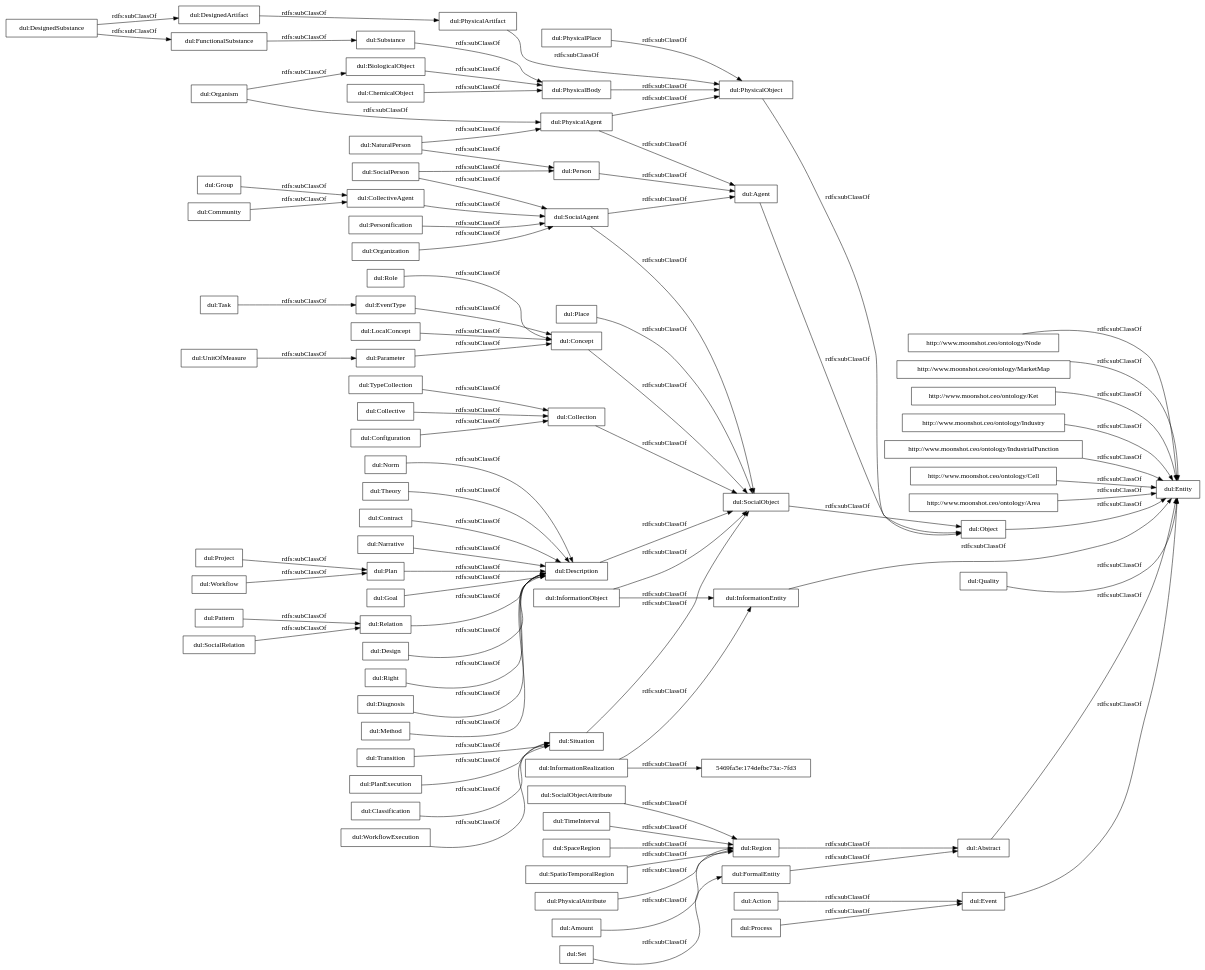
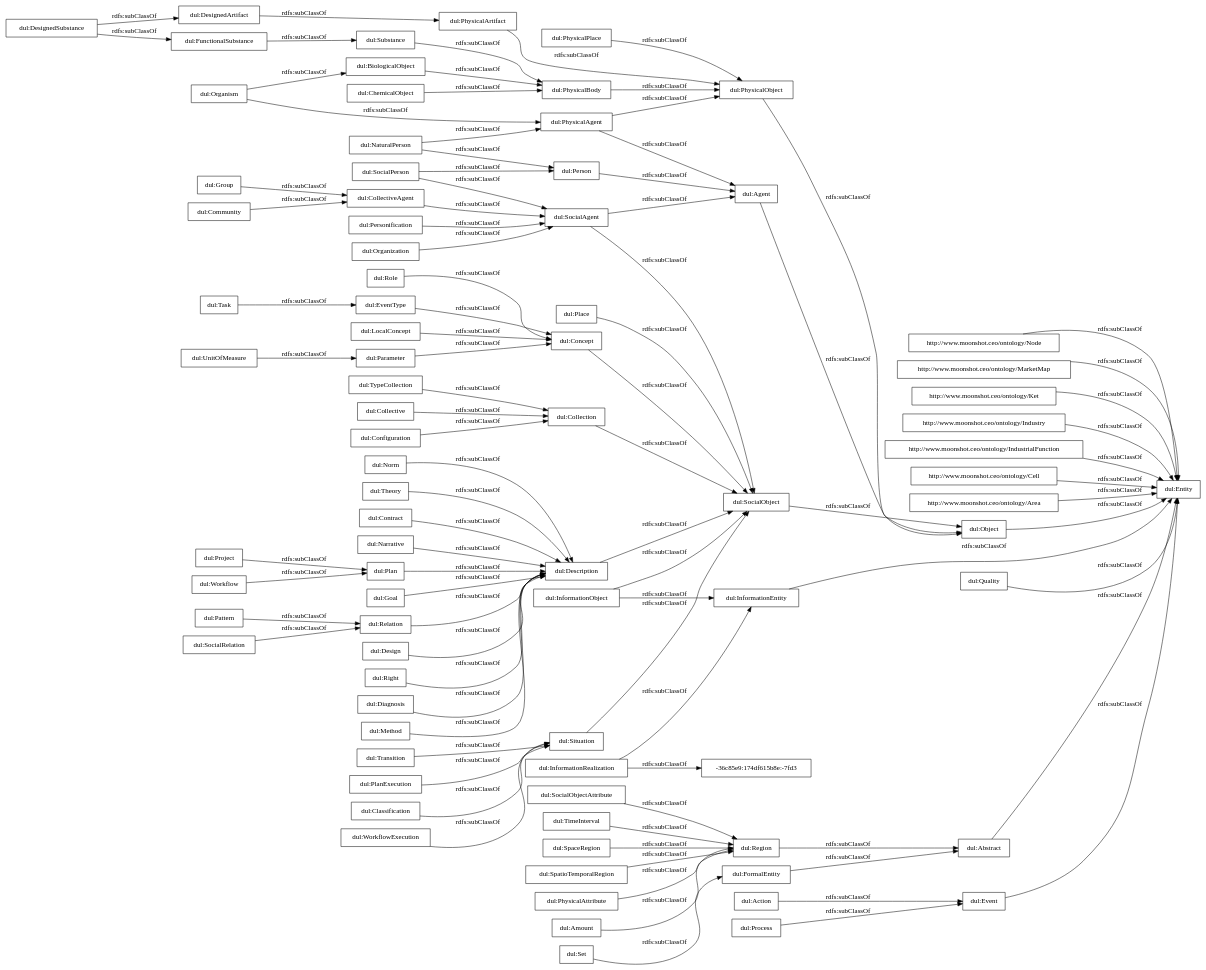
One commit to oeg-upm/IEBrain changed the diagram in OnToology/iebrain.ttl/diagrams/ar2dtool-taxonomy/iebrain.ttl.png.dot. Above: the diagram before and after it, drawn with Graphviz. The commit also changed 12 other files, not shown here.

```diff
--- a/OnToology/iebrain.ttl/diagrams/ar2dtool-taxonomy/iebrain.ttl.png.dot
+++ b/OnToology/iebrain.ttl/diagrams/ar2dtool-taxonomy/iebrain.ttl.png.dot
@@ -1,95 +1,95 @@
 digraph ar2dtool_diagram { 
 rankdir=LR;
 size="1000"
-node [shape = rectangle, color="black"]; "http://www.moonshot.ceo/ontology/Node" "http://www.moonshot.ceo/ontology/MarketMap" "http://www.moonshot.ceo/ontology/Ket" "http://www.moonshot.ceo/ontology/Industry" "http://www.moonshot.ceo/ontology/IndustrialFunction" "http://www.moonshot.ceo/ontology/Cell" "http://www.moonshot.ceo/ontology/Area" "dul:Goal" "dul:FormalEntity" "dul:EventType" "dul:PhysicalBody" "5469fa5e:174defbc73a:-7fd3" "dul:Object" "dul:Description" "dul:PhysicalAgent" "dul:Relation" "dul:Role" "dul:Entity" "dul:Organism" "dul:Personification" "dul:Situation" "dul:UnitOfMeasure" "dul:Abstract" "dul:SocialPerson" "dul:Transition" "dul:Collective" "dul:CollectiveAgent" "dul:Amount" "dul:Plan" "dul:Design" "dul:Process" "dul:SocialObjectAttribute" "dul:Right" "dul:Task" "dul:DesignedSubstance" "dul:BiologicalObject" "dul:Place" "dul:Quality" "dul:Action" "dul:SocialAgent" "dul:Configuration" "dul:Project" "dul:PlanExecution" "dul:Pattern" "dul:Agent" "dul:Classification" "dul:Diagnosis" "dul:Parameter" "dul:WorkflowExecution" "dul:SocialObject" "dul:Group" "dul:Community" "dul:FunctionalSubstance" "dul:PhysicalPlace" "dul:Method" "dul:Concept" "dul:SocialRelation" "dul:Event" "dul:DesignedArtifact" "dul:TimeInterval" "dul:Person" "dul:TypeCollection" "dul:SpaceRegion" "dul:PhysicalObject" "dul:SpatioTemporalRegion" "dul:Norm" "dul:InformationRealization" "dul:Theory" "dul:PhysicalAttribute" "dul:NaturalPerson" "dul:Workflow" "dul:InformationObject" "dul:ChemicalObject" "dul:Contract" "dul:Narrative" "dul:Collection" "dul:Substance" "dul:Region" "dul:InformationEntity" "dul:PhysicalArtifact" "dul:Organization" "dul:Set" "dul:LocalConcept" ; /*classes style*/
+node [shape = rectangle, color="black"]; "http://www.moonshot.ceo/ontology/Node" "http://www.moonshot.ceo/ontology/MarketMap" "http://www.moonshot.ceo/ontology/Ket" "http://www.moonshot.ceo/ontology/Industry" "http://www.moonshot.ceo/ontology/IndustrialFunction" "http://www.moonshot.ceo/ontology/Cell" "http://www.moonshot.ceo/ontology/Area" "dul:Goal" "dul:FormalEntity" "dul:EventType" "dul:PhysicalBody" "dul:Object" "dul:Description" "dul:PhysicalAgent" "dul:Relation" "dul:Role" "dul:Entity" "dul:Organism" "dul:Personification" "dul:Situation" "dul:UnitOfMeasure" "dul:Abstract" "dul:SocialPerson" "dul:Transition" "dul:CollectiveAgent" "dul:Collective" "dul:Amount" "dul:Plan" "dul:Design" "dul:Process" "dul:SocialObjectAttribute" "dul:Right" "dul:Task" "dul:DesignedSubstance" "dul:BiologicalObject" "dul:Place" "dul:Quality" "dul:Action" "dul:SocialAgent" "dul:Configuration" "dul:Project" "dul:PlanExecution" "dul:Pattern" "dul:Agent" "dul:Classification" "dul:Diagnosis" "dul:Parameter" "dul:WorkflowExecution" "dul:SocialObject" "dul:Group" "dul:Community" "dul:FunctionalSubstance" "dul:PhysicalPlace" "dul:Method" "dul:Concept" "dul:SocialRelation" "dul:Event" "dul:DesignedArtifact" "dul:TimeInterval" "dul:Person" "dul:TypeCollection" "dul:SpaceRegion" "dul:PhysicalObject" "dul:SpatioTemporalRegion" "dul:Norm" "-36c85e9:174df615b8e:-7fd3" "dul:InformationRealization" "dul:Theory" "dul:PhysicalAttribute" "dul:NaturalPerson" "dul:Workflow" "dul:InformationObject" "dul:ChemicalObject" "dul:Contract" "dul:Narrative" "dul:Collection" "dul:Substance" "dul:Region" "dul:InformationEntity" "dul:PhysicalArtifact" "dul:Organization" "dul:Set" "dul:LocalConcept" ; /*classes style*/
 	"dul:CollectiveAgent" -> "dul:SocialAgent" [ label = "rdfs:subClassOf" ];
 	"dul:Region" -> "dul:Abstract" [ label = "rdfs:subClassOf" ];
 	"dul:TypeCollection" -> "dul:Collection" [ label = "rdfs:subClassOf" ];
 	"dul:PhysicalAttribute" -> "dul:Region" [ label = "rdfs:subClassOf" ];
 	"dul:Organization" -> "dul:SocialAgent" [ label = "rdfs:subClassOf" ];
 	"http://www.moonshot.ceo/ontology/Node" -> "dul:Entity" [ label = "rdfs:subClassOf" ];
 	"dul:Configuration" -> "dul:Collection" [ label = "rdfs:subClassOf" ];
 	"dul:Quality" -> "dul:Entity" [ label = "rdfs:subClassOf" ];
 	"dul:Description" -> "dul:SocialObject" [ label = "rdfs:subClassOf" ];
 	"dul:Community" -> "dul:CollectiveAgent" [ label = "rdfs:subClassOf" ];
 	"dul:Method" -> "dul:Description" [ label = "rdfs:subClassOf" ];
 	"dul:Concept" -> "dul:SocialObject" [ label = "rdfs:subClassOf" ];
 	"dul:Object" -> "dul:Entity" [ label = "rdfs:subClassOf" ];
 	"dul:Place" -> "dul:SocialObject" [ label = "rdfs:subClassOf" ];
 	"dul:PhysicalArtifact" -> "dul:PhysicalObject" [ label = "rdfs:subClassOf" ];
 	"dul:Organism" -> "dul:PhysicalAgent" [ label = "rdfs:subClassOf" ];
 	"dul:Organism" -> "dul:BiologicalObject" [ label = "rdfs:subClassOf" ];
 	"dul:Goal" -> "dul:Description" [ label = "rdfs:subClassOf" ];
 	"dul:FunctionalSubstance" -> "dul:Substance" [ label = "rdfs:subClassOf" ];
 	"dul:Role" -> "dul:Concept" [ label = "rdfs:subClassOf" ];
 	"dul:Collective" -> "dul:Collection" [ label = "rdfs:subClassOf" ];
 	"dul:InformationObject" -> "dul:SocialObject" [ label = "rdfs:subClassOf" ];
 	"dul:InformationObject" -> "dul:InformationEntity" [ label = "rdfs:subClassOf" ];
 	"dul:UnitOfMeasure" -> "dul:Parameter" [ label = "rdfs:subClassOf" ];
 	"dul:SocialObjectAttribute" -> "dul:Region" [ label = "rdfs:subClassOf" ];
 	"dul:WorkflowExecution" -> "dul:Situation" [ label = "rdfs:subClassOf" ];
 	"dul:Right" -> "dul:Description" [ label = "rdfs:subClassOf" ];
 	"dul:Task" -> "dul:EventType" [ label = "rdfs:subClassOf" ];
 	"dul:Set" -> "dul:FormalEntity" [ label = "rdfs:subClassOf" ];
 	"dul:DesignedSubstance" -> "dul:FunctionalSubstance" [ label = "rdfs:subClassOf" ];
 	"dul:DesignedSubstance" -> "dul:DesignedArtifact" [ label = "rdfs:subClassOf" ];
 	"dul:SocialObject" -> "dul:Object" [ label = "rdfs:subClassOf" ];
 	"dul:Parameter" -> "dul:Concept" [ label = "rdfs:subClassOf" ];
-	"dul:InformationRealization" -> "5469fa5e:174defbc73a:-7fd3" [ label = "rdfs:subClassOf" ];
+	"dul:InformationRealization" -> "-36c85e9:174df615b8e:-7fd3" [ label = "rdfs:subClassOf" ];
 	"dul:InformationRealization" -> "dul:InformationEntity" [ label = "rdfs:subClassOf" ];
 	"dul:Substance" -> "dul:PhysicalBody" [ label = "rdfs:subClassOf" ];
 	"dul:Event" -> "dul:Entity" [ label = "rdfs:subClassOf" ];
 	"dul:PhysicalAgent" -> "dul:PhysicalObject" [ label = "rdfs:subClassOf" ];
 	"dul:PhysicalAgent" -> "dul:Agent" [ label = "rdfs:subClassOf" ];
 	"http://www.moonshot.ceo/ontology/Area" -> "dul:Entity" [ label = "rdfs:subClassOf" ];
 	"dul:Project" -> "dul:Plan" [ label = "rdfs:subClassOf" ];
 	"dul:PhysicalObject" -> "dul:Object" [ label = "rdfs:subClassOf" ];
 	"dul:Action" -> "dul:Event" [ label = "rdfs:subClassOf" ];
 	"dul:Situation" -> "dul:SocialObject" [ label = "rdfs:subClassOf" ];
 	"dul:Design" -> "dul:Description" [ label = "rdfs:subClassOf" ];
 	"dul:EventType" -> "dul:Concept" [ label = "rdfs:subClassOf" ];
 	"dul:Classification" -> "dul:Situation" [ label = "rdfs:subClassOf" ];
 	"http://www.moonshot.ceo/ontology/IndustrialFunction" -> "dul:Entity" [ label = "rdfs:subClassOf" ];
 	"dul:Workflow" -> "dul:Plan" [ label = "rdfs:subClassOf" ];
 	"dul:Pattern" -> "dul:Relation" [ label = "rdfs:subClassOf" ];
 	"dul:Transition" -> "dul:Situation" [ label = "rdfs:subClassOf" ];
 	"dul:Norm" -> "dul:Description" [ label = "rdfs:subClassOf" ];
 	"dul:Person" -> "dul:Agent" [ label = "rdfs:subClassOf" ];
 	"http://www.moonshot.ceo/ontology/Ket" -> "dul:Entity" [ label = "rdfs:subClassOf" ];
 	"http://www.moonshot.ceo/ontology/Cell" -> "dul:Entity" [ label = "rdfs:subClassOf" ];
 	"dul:Contract" -> "dul:Description" [ label = "rdfs:subClassOf" ];
 	"dul:PhysicalPlace" -> "dul:PhysicalObject" [ label = "rdfs:subClassOf" ];
 	"dul:Relation" -> "dul:Description" [ label = "rdfs:subClassOf" ];
 	"dul:SocialRelation" -> "dul:Relation" [ label = "rdfs:subClassOf" ];
 	"dul:PlanExecution" -> "dul:Situation" [ label = "rdfs:subClassOf" ];
 	"http://www.moonshot.ceo/ontology/MarketMap" -> "dul:Entity" [ label = "rdfs:subClassOf" ];
 	"dul:LocalConcept" -> "dul:Concept" [ label = "rdfs:subClassOf" ];
 	"dul:FormalEntity" -> "dul:Abstract" [ label = "rdfs:subClassOf" ];
 	"dul:PhysicalBody" -> "dul:PhysicalObject" [ label = "rdfs:subClassOf" ];
 	"http://www.moonshot.ceo/ontology/Industry" -> "dul:Entity" [ label = "rdfs:subClassOf" ];
 	"dul:BiologicalObject" -> "dul:PhysicalBody" [ label = "rdfs:subClassOf" ];
 	"dul:SocialPerson" -> "dul:SocialAgent" [ label = "rdfs:subClassOf" ];
 	"dul:SocialPerson" -> "dul:Person" [ label = "rdfs:subClassOf" ];
 	"dul:NaturalPerson" -> "dul:PhysicalAgent" [ label = "rdfs:subClassOf" ];
 	"dul:NaturalPerson" -> "dul:Person" [ label = "rdfs:subClassOf" ];
 	"dul:TimeInterval" -> "dul:Region" [ label = "rdfs:subClassOf" ];
 	"dul:Collection" -> "dul:SocialObject" [ label = "rdfs:subClassOf" ];
 	"dul:InformationEntity" -> "dul:Entity" [ label = "rdfs:subClassOf" ];
 	"dul:SpatioTemporalRegion" -> "dul:Region" [ label = "rdfs:subClassOf" ];
 	"dul:Personification" -> "dul:SocialAgent" [ label = "rdfs:subClassOf" ];
 	"dul:DesignedArtifact" -> "dul:PhysicalArtifact" [ label = "rdfs:subClassOf" ];
 	"dul:ChemicalObject" -> "dul:PhysicalBody" [ label = "rdfs:subClassOf" ];
 	"dul:Narrative" -> "dul:Description" [ label = "rdfs:subClassOf" ];
 	"dul:Process" -> "dul:Event" [ label = "rdfs:subClassOf" ];
 	"dul:Theory" -> "dul:Description" [ label = "rdfs:subClassOf" ];
 	"dul:Abstract" -> "dul:Entity" [ label = "rdfs:subClassOf" ];
 	"dul:SpaceRegion" -> "dul:Region" [ label = "rdfs:subClassOf" ];
 	"dul:Plan" -> "dul:Description" [ label = "rdfs:subClassOf" ];
 	"dul:Group" -> "dul:CollectiveAgent" [ label = "rdfs:subClassOf" ];
 	"dul:SocialAgent" -> "dul:SocialObject" [ label = "rdfs:subClassOf" ];
 	"dul:SocialAgent" -> "dul:Agent" [ label = "rdfs:subClassOf" ];
 	"dul:Diagnosis" -> "dul:Description" [ label = "rdfs:subClassOf" ];
 	"dul:Agent" -> "dul:Object" [ label = "rdfs:subClassOf" ];
 	"dul:Amount" -> "dul:Region" [ label = "rdfs:subClassOf" ];
 
 }
```
